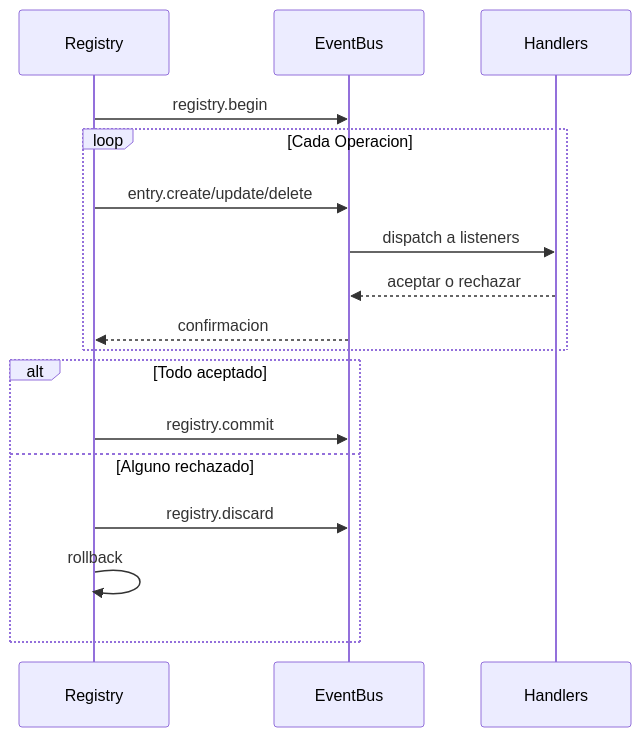
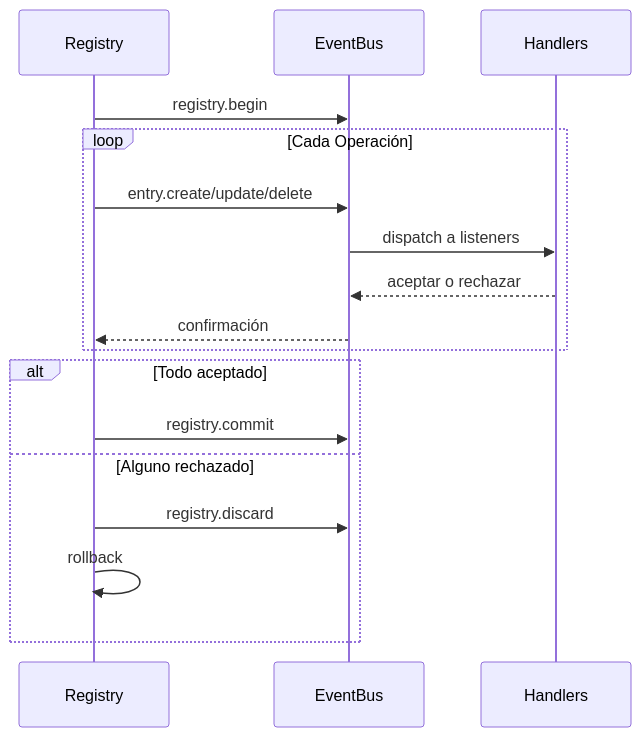
One commit to wippyai/docs changed the second of 2 diagrams in es/internals/registry.md. Above: the diagram before and after it, drawn with Mermaid. The commit also changed other lines of this file and 196 other files, not shown here.

````diff
--- a/es/internals/registry.md
+++ b/es/internals/registry.md
@@ -62,20 +62,20 @@
 ```mermaid
 sequenceDiagram
     participant R as Registry
     participant B as EventBus
     participant H as Handlers
 
     R->>B: registry.begin
-    loop Cada Operacion
+    loop Cada Operación
         R->>B: entry.create/update/delete
         B->>H: dispatch a listeners
         H-->>B: aceptar o rechazar
-        B-->>R: confirmacion
+        B-->>R: confirmación
     end
     alt Todo aceptado
         R->>B: registry.commit
     else Alguno rechazado
         R->>B: registry.discard
         R->>R: rollback
     end
 ```
````
